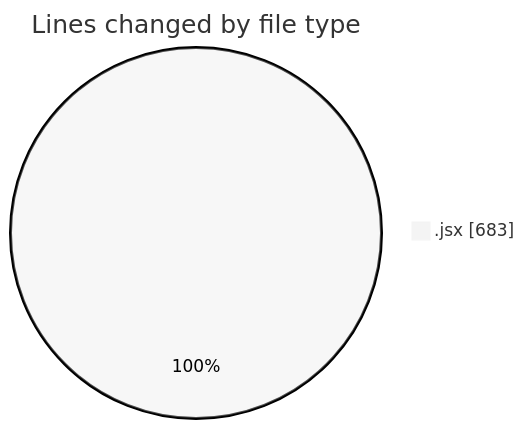
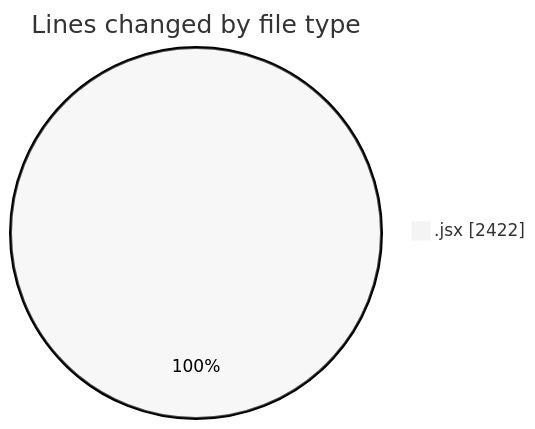
Before and after one commit to nxtqubesakshisongat/code-tracking: the first of 2 diagrams in 2026-01-06/nxtqube_webapp/README.md, drawn with Mermaid (neutral theme). The commit also changed other lines of this file and 1 other file, not shown here.

````diff
--- a/2026-01-06/nxtqube_webapp/README.md
+++ b/2026-01-06/nxtqube_webapp/README.md
@@ -20,5 +21,5 @@
 ```mermaid
 pie showData
 title Lines changed by file type
-".jsx" : 683
+".jsx" : 2422
 ```
````
